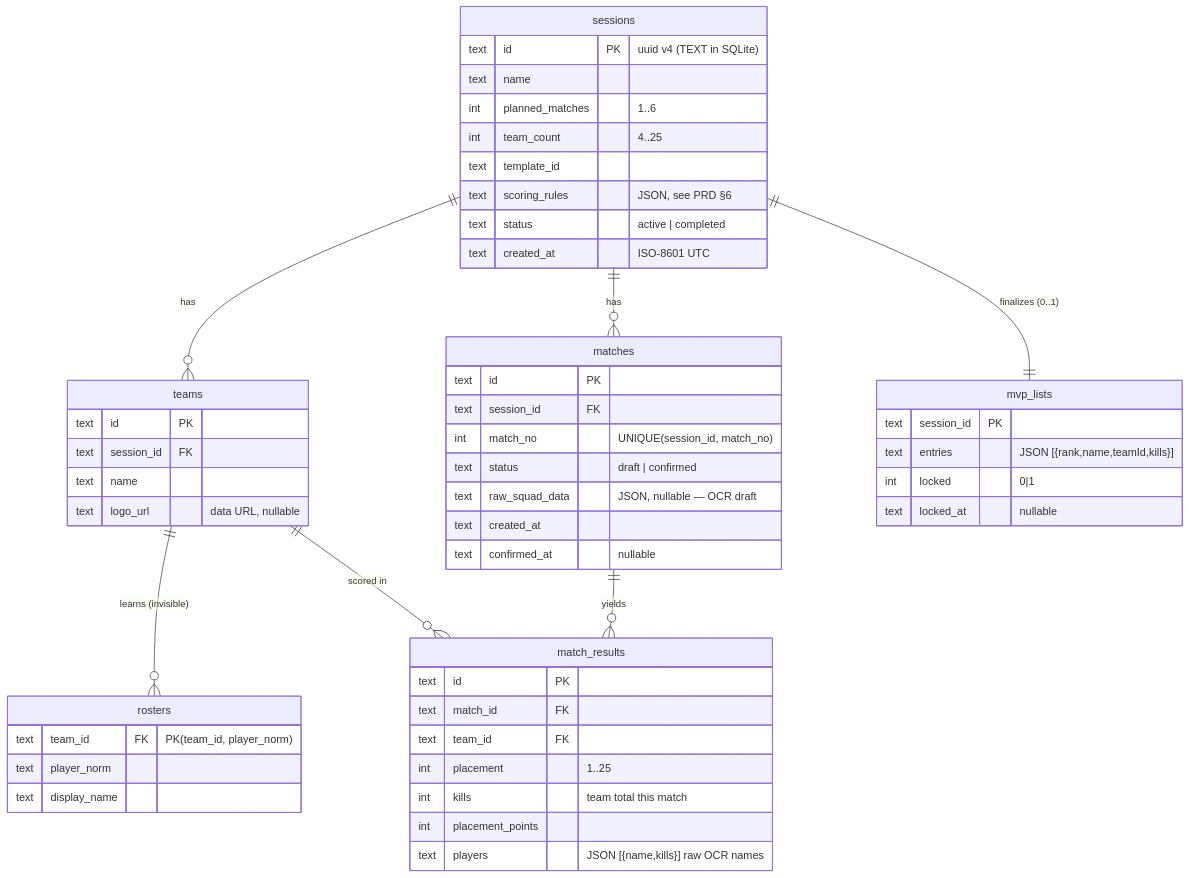
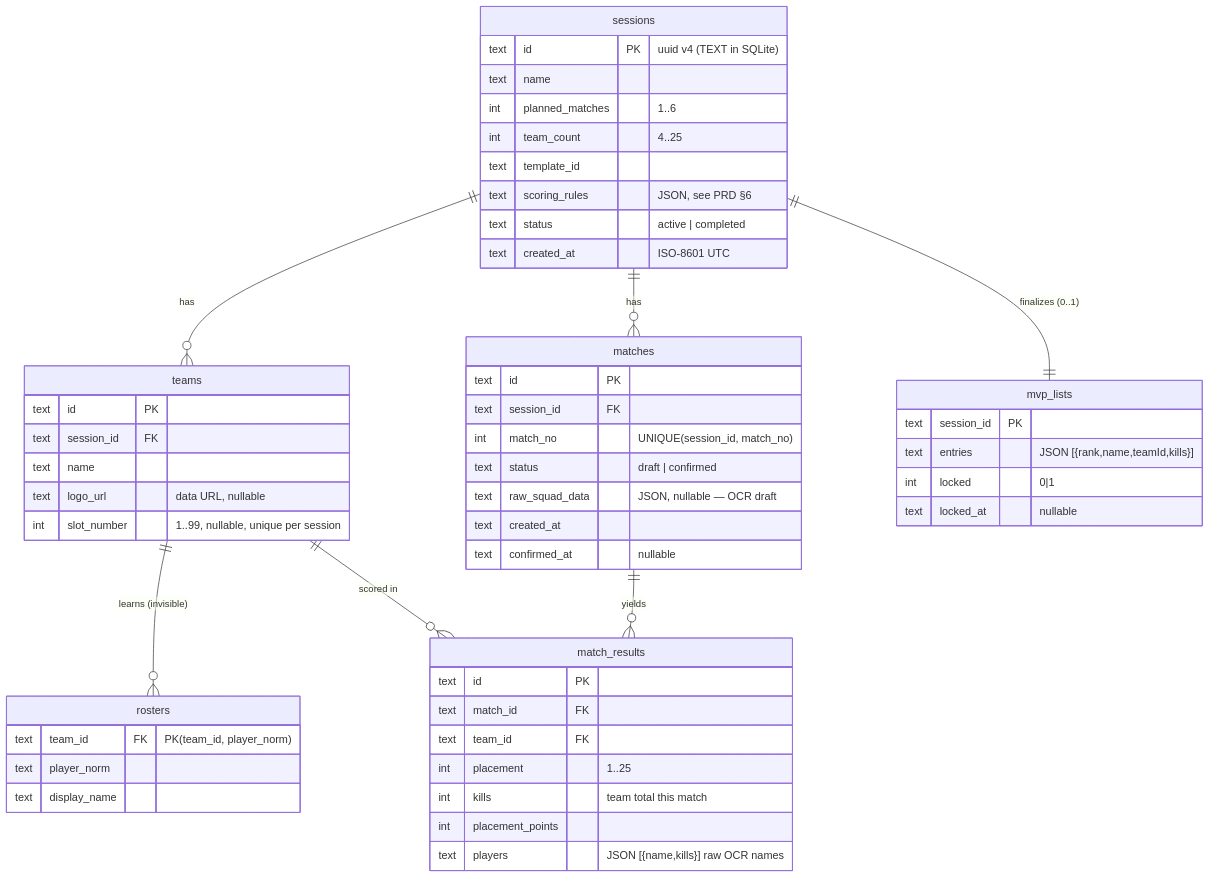
One commit to qasim-mehar/ScrimlyPro changed the diagram in ERD.md. Above: the diagram before and after it, drawn with Mermaid. The commit also changed other lines of this file and 42 other files, not shown here.

````diff
--- a/ERD.md
+++ b/ERD.md
@@ -8,55 +8,56 @@
 ```mermaid
 erDiagram
     sessions ||--o{ teams : "has"
     sessions ||--o{ matches : "has"
     teams ||--o{ rosters : "learns (invisible)"
     matches ||--o{ match_results : "yields"
     teams ||--o{ match_results : "scored in"
     sessions ||--|| mvp_lists : "finalizes (0..1)"
 
     sessions {
         text id PK "uuid v4 (TEXT in SQLite)"
         text name
         int planned_matches "1..6"
         int team_count "4..25"
         text template_id
         text scoring_rules "JSON, see PRD §6"
         text status "active | completed"
         text created_at "ISO-8601 UTC"
     }
     teams {
         text id PK
         text session_id FK
         text name
         text logo_url "data URL, nullable"
+        int slot_number "1..99, nullable, unique per session"
     }
     rosters {
         text team_id FK "PK(team_id, player_norm)"
         text player_norm
         text display_name
     }
     matches {
         text id PK
         text session_id FK
         int match_no "UNIQUE(session_id, match_no)"
         text status "draft | confirmed"
         text raw_squad_data "JSON, nullable — OCR draft"
         text created_at
         text confirmed_at "nullable"
     }
     match_results {
         text id PK
         text match_id FK
         text team_id FK
         int placement "1..25"
         int kills "team total this match"
         int placement_points
         text players "JSON [{name,kills}] raw OCR names"
     }
     mvp_lists {
         text session_id PK
         text entries "JSON [{rank,name,teamId,kills}]"
         int locked "0|1"
         text locked_at "nullable"
     }
 ```
````
